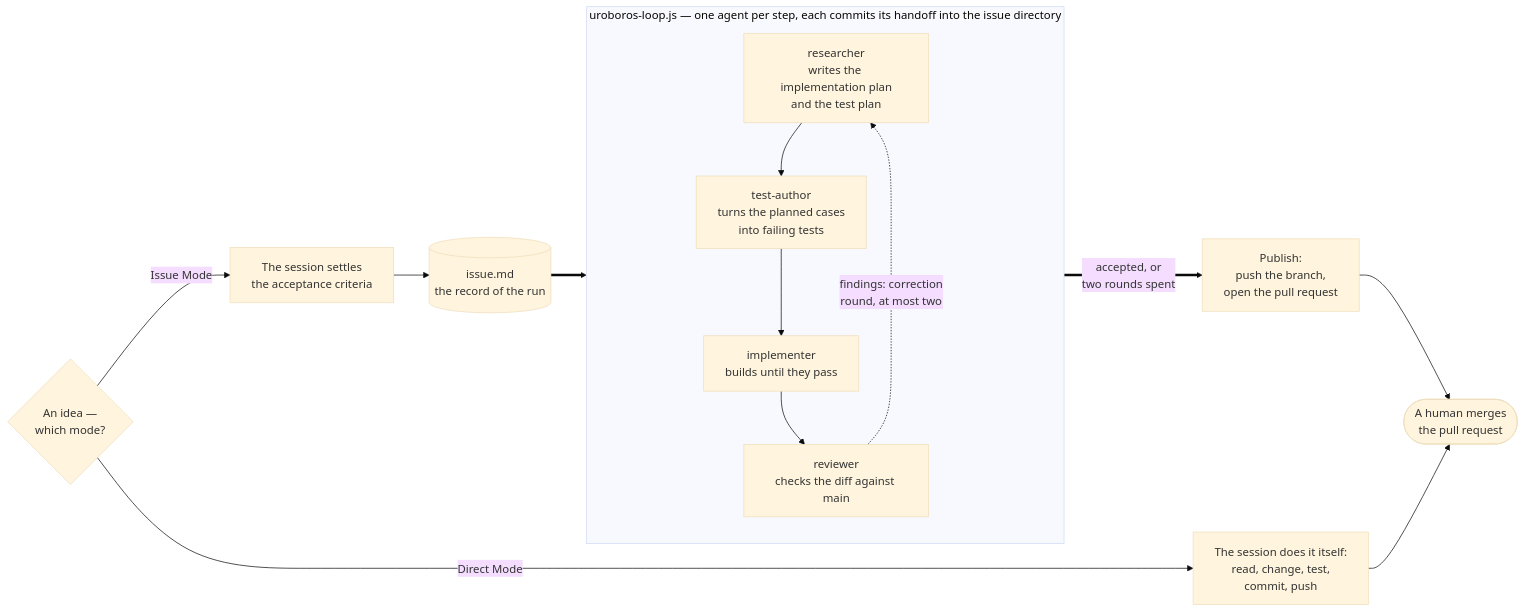
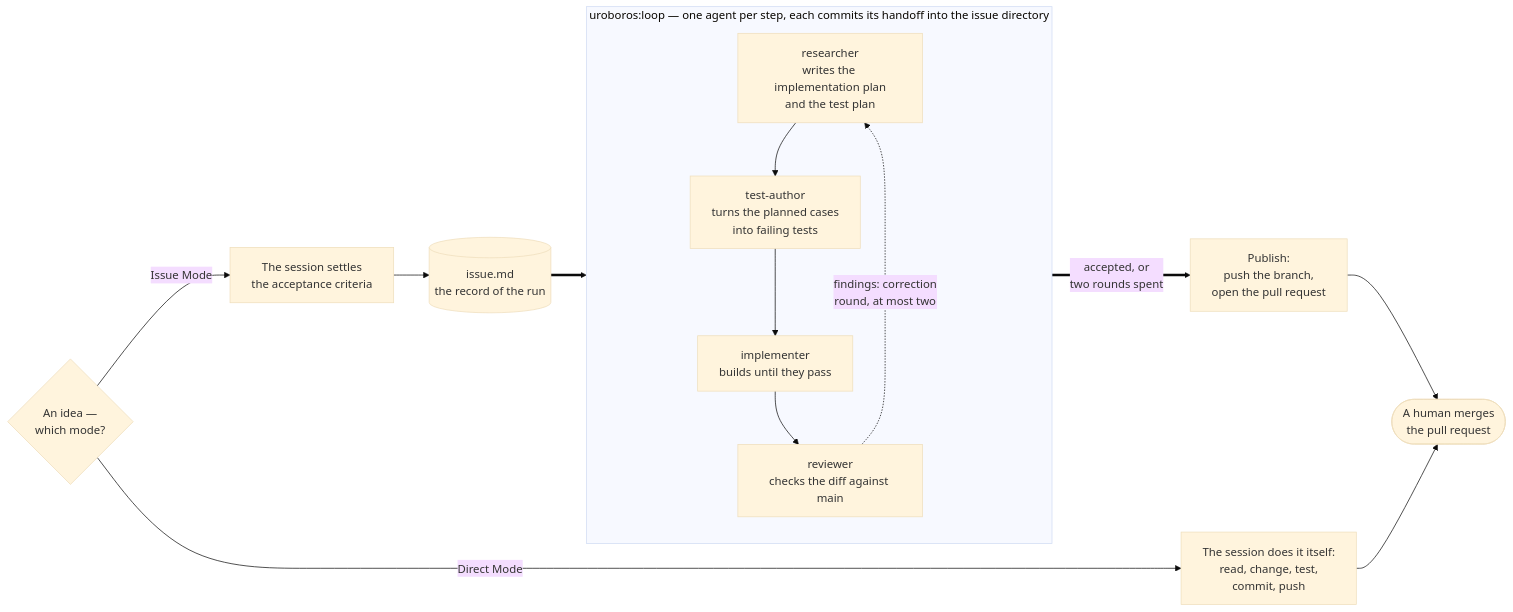
One commit to artkoenig/athena changed the diagram in README.md. Above: the diagram before and after it, drawn with Mermaid (base theme). The commit also changed other lines of this file and 7 other files, not shown here.

````diff
--- a/README.md
+++ b/README.md
@@ -27,22 +27,22 @@
 ```mermaid
 flowchart LR
     MODE{"An idea —<br/>which mode?"}
     MODE -->|"Direct Mode"| DIRECT["The session does it itself:<br/>read, change, test,<br/>commit, push"]
     MODE -->|"Issue Mode"| CRIT["The session settles<br/>the acceptance criteria"]
     CRIT --> ISSUE[("issue.md<br/>the record of the run")]
     ISSUE ==> RES
 
-    subgraph LOOP["uroboros-loop.js — one agent per step, each commits its handoff into the issue directory"]
+    subgraph LOOP["uroboros:loop — one agent per step, each commits its handoff into the issue directory"]
         direction TB
         RES["researcher<br/>writes the implementation plan<br/>and the test plan"]
         TEST["test-author<br/>turns the planned cases<br/>into failing tests"]
         IMPL["implementer<br/>builds until they pass"]
         REV["reviewer<br/>checks the diff against main"]
         RES --> TEST --> IMPL --> REV
         REV -.->|"findings: correction<br/>round, at most two"| RES
     end
 
     REV ==>|"accepted, or<br/>two rounds spent"| PUB["Publish:<br/>push the branch,<br/>open the pull request"]
     PUB --> MERGE(["A human merges<br/>the pull request"])
     DIRECT --> MERGE
 ```
````
